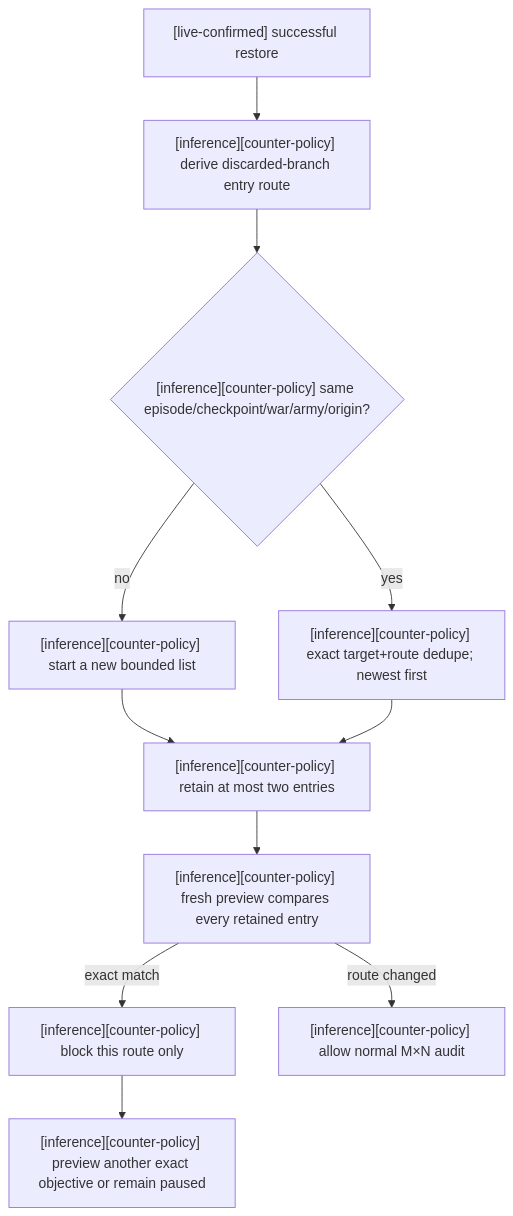
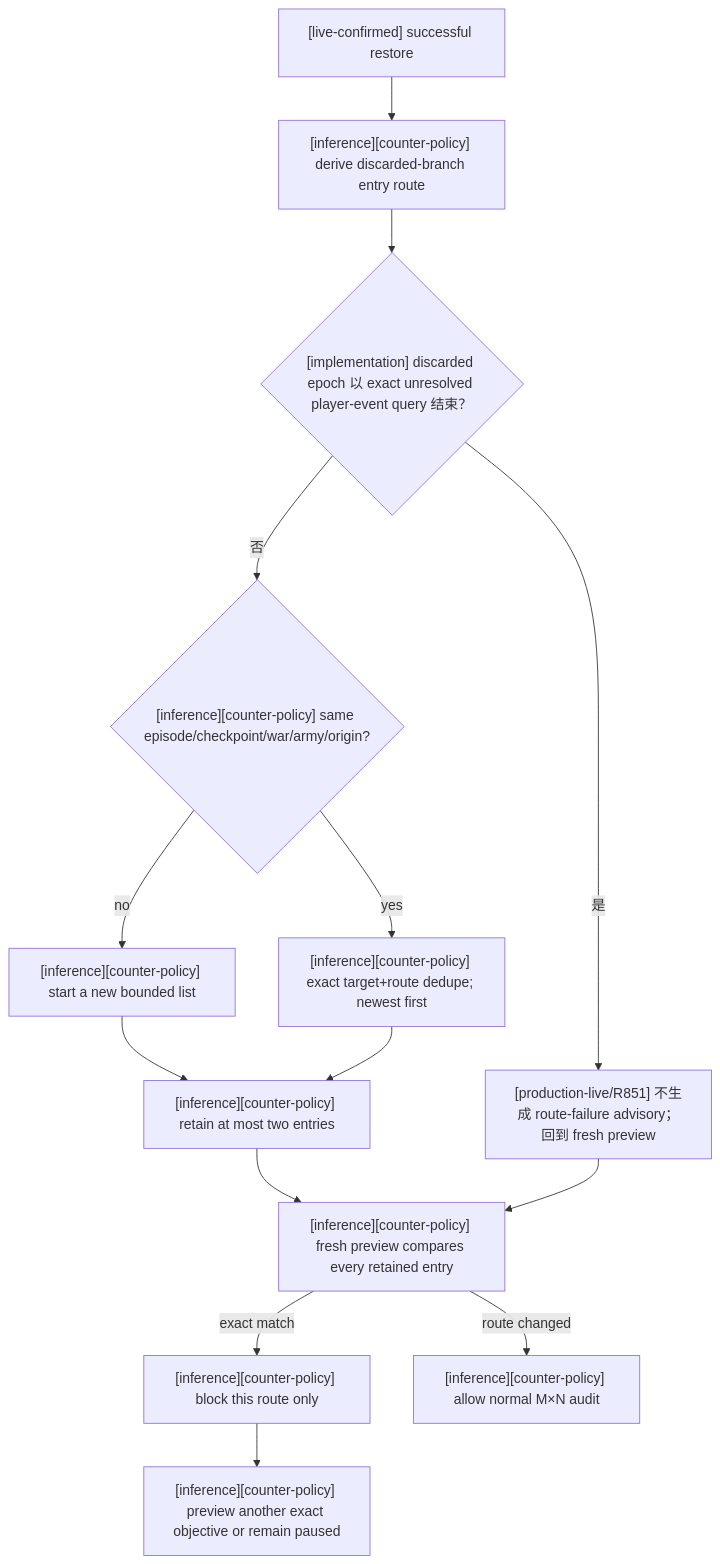
The eighth of 8 diagrams in docs/ck3-native-ai/player-counterpolicy.md (XenoAmess/ck3_eternal_recurrence), drawn with Mermaid before and after one commit. The commit also changed other lines of this file and 1 other file, not shown here.

Commit message:
Document R851 event and rollback evidence [EVENT-R851-DOCS]

````diff
--- a/docs/ck3-native-ai/player-counterpolicy.md
+++ b/docs/ck3-native-ai/player-counterpolicy.md
@@ -608,13 +634,16 @@
 ```mermaid
 flowchart TD
     R["[live-confirmed] successful restore"] --> D["[inference][counter-policy] derive discarded-branch entry route"]
-    D --> S{"[inference][counter-policy] same episode/checkpoint/war/army/origin?"}
+    D --> E{"[implementation] discarded epoch 以 exact unresolved player-event query 结束？"}
+    E -->|是| I["[production-live/R851] 不生成 route-failure advisory；回到 fresh preview"]
+    E -->|否| S{"[inference][counter-policy] same episode/checkpoint/war/army/origin?"}
     S -->|no| C["[inference][counter-policy] start a new bounded list"]
     S -->|yes| U["[inference][counter-policy] exact target+route dedupe; newest first"]
     C --> K["[inference][counter-policy] retain at most two entries"]
     U --> K
     K --> P["[inference][counter-policy] fresh preview compares every retained entry"]
+    I --> P
     P -->|exact match| B["[inference][counter-policy] block this route only"]
     P -->|route changed| A["[inference][counter-policy] allow normal M×N audit"]
     B --> N["[inference][counter-policy] preview another exact objective or remain paused"]
 ```
````
